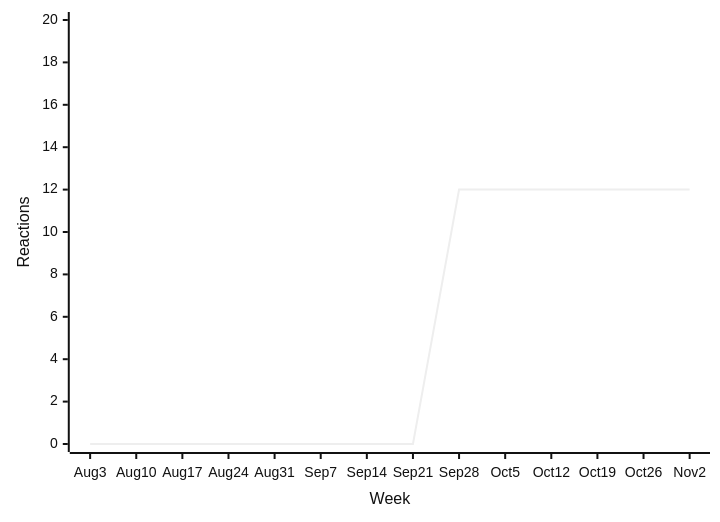
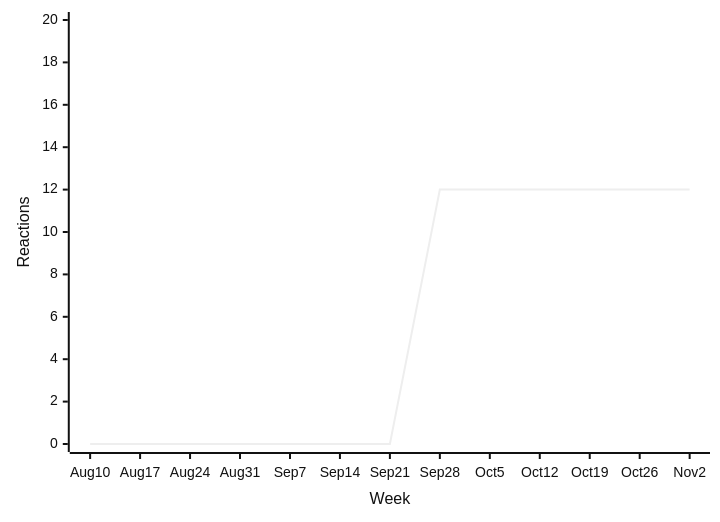
Diagram 16 of 40 in README.md (loic-sharma/github-insights), drawn with Mermaid (neutral theme) before and after one commit. The commit also changed other lines of this file and 3 other files, not shown here.

````diff
--- a/README.md
+++ b/README.md
@@ -579,6 +579,6 @@
   ```mermaid
   xychart-beta
-    x-axis "Week" [Aug 3, Aug 10, Aug 17, Aug 24, Aug 31, Sep 7, Sep 14, Sep 21, Sep 28, Oct 5, Oct 12, Oct 19, Oct 26, Nov 2]
+    x-axis "Week" [Aug 10, Aug 17, Aug 24, Aug 31, Sep 7, Sep 14, Sep 21, Sep 28, Oct 5, Oct 12, Oct 19, Oct 26, Nov 2]
     y-axis "Reactions" 0 --> 20
-    line [0, 0, 0, 0, 0, 0, 0, 0, 12, 12, 12, 12, 12, 12]
+    line [0, 0, 0, 0, 0, 0, 0, 12, 12, 12, 12, 12, 12]
   ```
````
